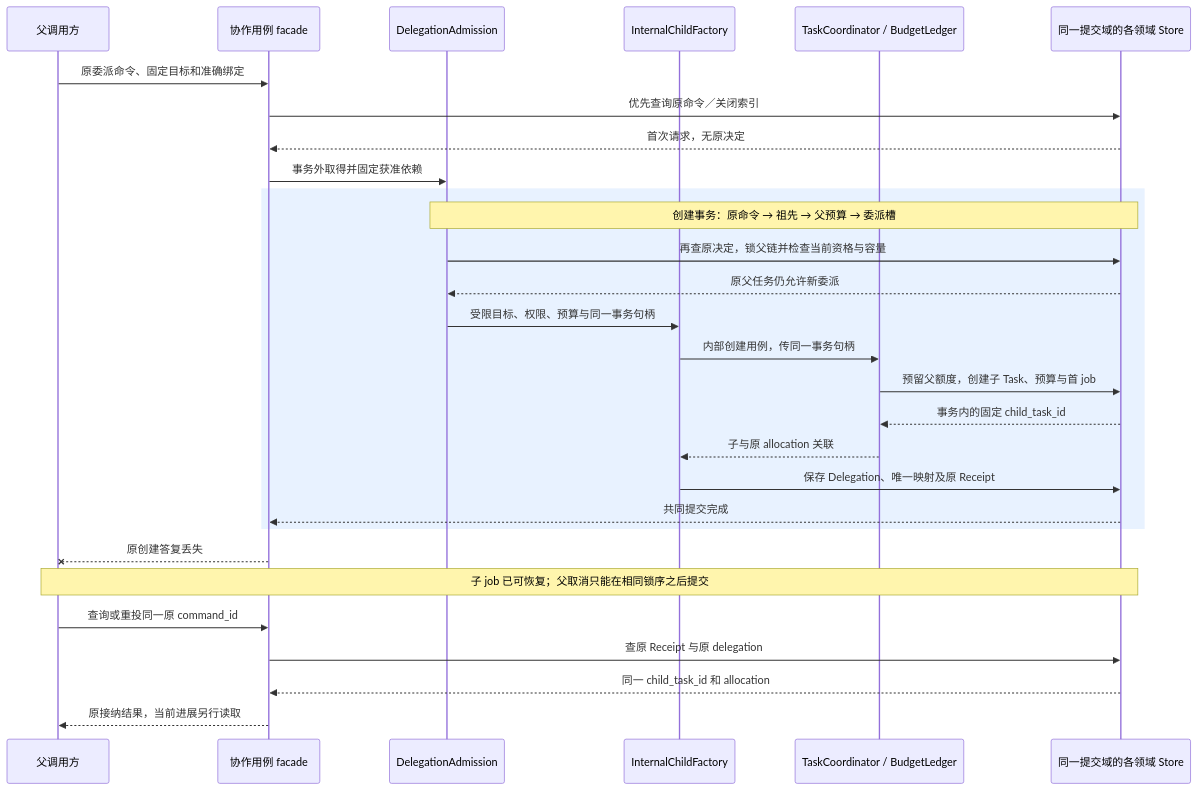
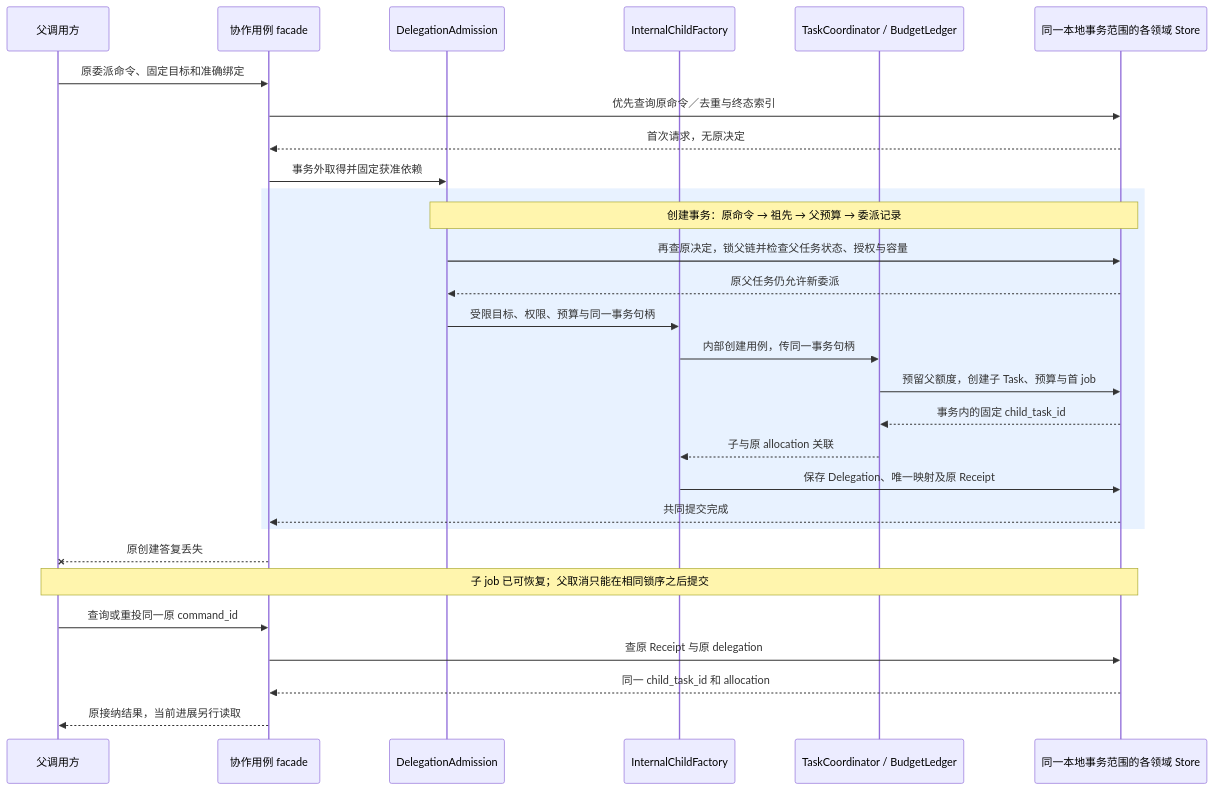
One commit to ruipengliu/lerna changed the third of 4 diagrams in docs/architecture/collaboration/implementation.md. Above: the diagram before and after it, drawn with Mermaid. The commit also changed other lines of this file and 205 other files, not shown here.

Commit message:
docs: unify architecture terminology

````diff
--- a/docs/architecture/collaboration/implementation.md
+++ b/docs/architecture/collaboration/implementation.md
@@ -185,31 +185,31 @@
 ```mermaid
 sequenceDiagram
     participant P as 父调用方
     participant I as 协作用例 facade
     participant A as DelegationAdmission
     participant C as InternalChildFactory
     participant R as TaskCoordinator / BudgetLedger
-    participant S as 同一提交域的各领域 Store
+    participant S as 同一本地事务范围的各领域 Store
     P->>I: 原委派命令、固定目标和准确绑定
-    I->>S: 优先查询原命令／关闭索引
+    I->>S: 优先查询原命令／去重与终态索引
     S-->>I: 首次请求，无原决定
     I->>A: 事务外取得并固定获准依赖
     rect rgb(232, 242, 255)
-      Note over A,S: 创建事务：原命令 → 祖先 → 父预算 → 委派槽
-      A->>S: 再查原决定，锁父链并检查当前资格与容量
+      Note over A,S: 创建事务：原命令 → 祖先 → 父预算 → 委派记录
+      A->>S: 再查原决定，锁父链并检查父任务状态、授权与容量
       S-->>A: 原父任务仍允许新委派
       A->>C: 受限目标、权限、预算与同一事务句柄
       C->>R: 内部创建用例，传同一事务句柄
       R->>S: 预留父额度，创建子 Task、预算与首 job
       S-->>R: 事务内的固定 child_task_id
       R-->>C: 子与原 allocation 关联
       C->>S: 保存 Delegation、唯一映射及原 Receipt
       S-->>I: 共同提交完成
     end
     I--xP: 原创建答复丢失
     Note over P,S: 子 job 已可恢复；父取消只能在相同锁序之后提交
     P->>I: 查询或重投同一原 command_id
     I->>S: 查原 Receipt 与原 delegation
     S-->>I: 同一 child_task_id 和 allocation
     I-->>P: 原接纳结果，当前进展另行读取
 ```
````
